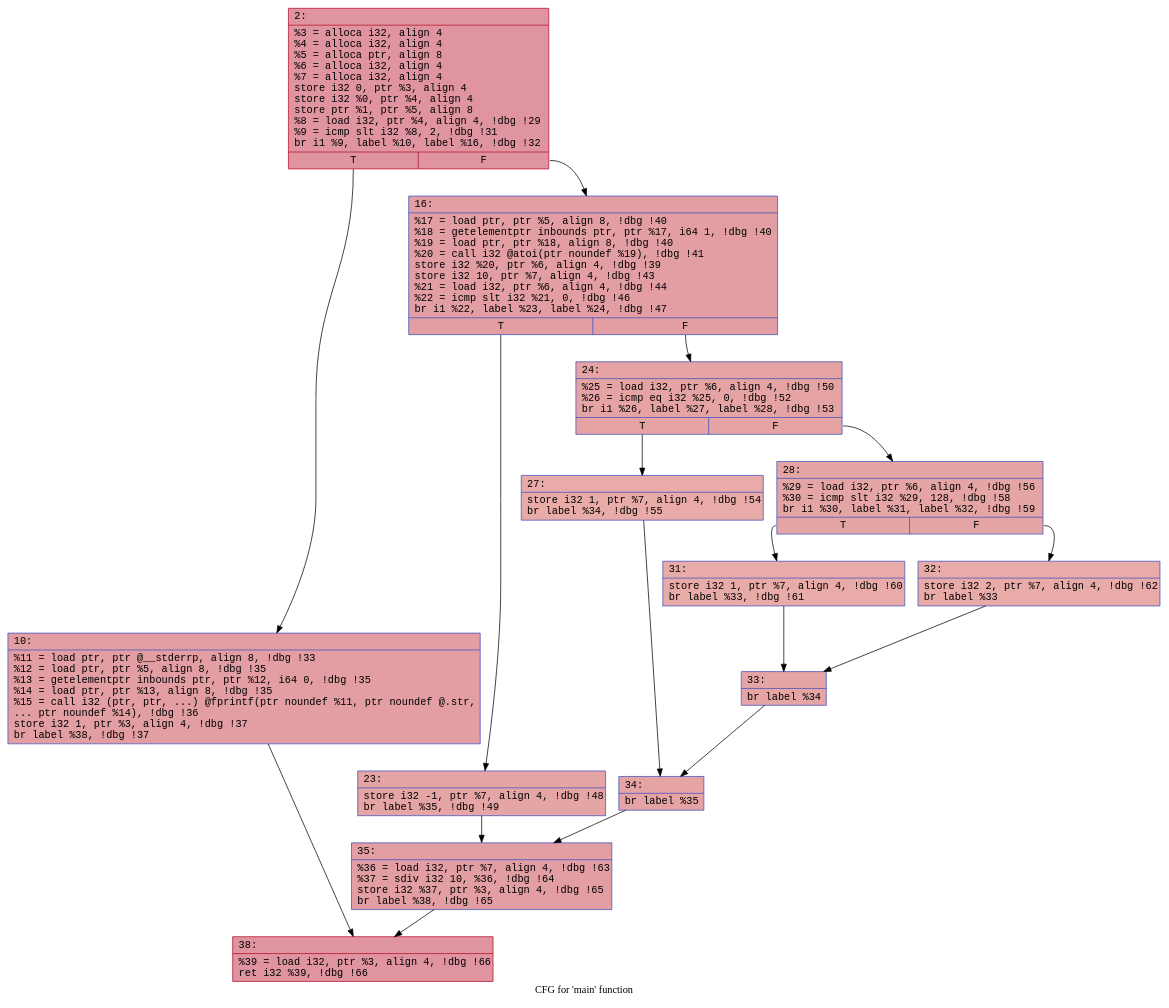
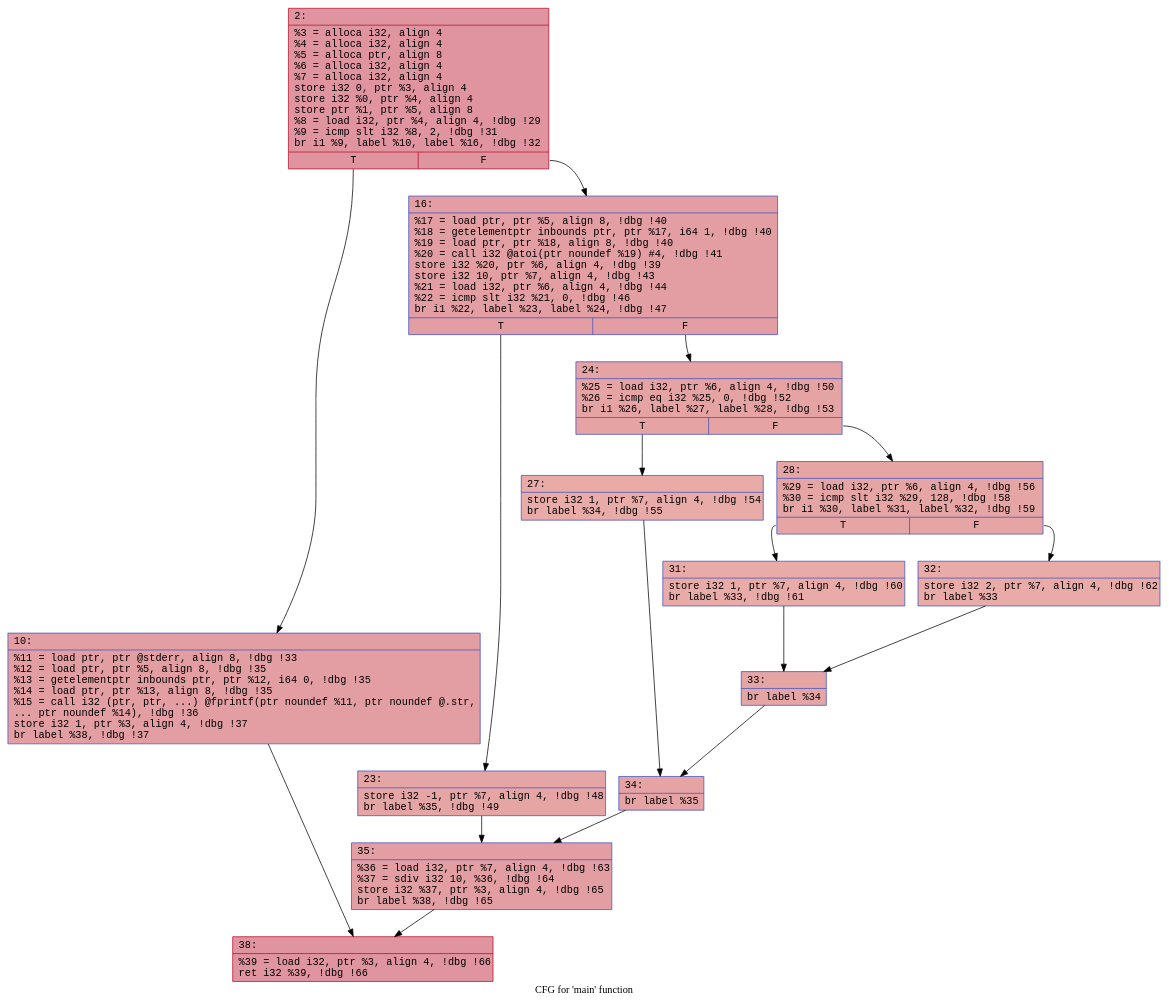
One commit to FelicitasGarcia/MimicryMonitor changed the diagram in llvm/feli/cfgs/mainOP.dot. Above: the diagram before and after it, drawn with Graphviz. The commit also changed 65 other files, not shown here.

```diff
--- a/llvm/feli/cfgs/mainOP.dot
+++ b/llvm/feli/cfgs/mainOP.dot
@@ -1,33 +1,33 @@
 digraph "CFG for 'main' function" {
 	label="CFG for 'main' function";
 
-	Node0x600002b909b0 [shape=record,color="#b70d28ff", style=filled, fillcolor="#b70d2870" fontname="Courier",label="{2:\l|  %3 = alloca i32, align 4\l  %4 = alloca i32, align 4\l  %5 = alloca ptr, align 8\l  %6 = alloca i32, align 4\l  %7 = alloca i32, align 4\l  store i32 0, ptr %3, align 4\l  store i32 %0, ptr %4, align 4\l  store ptr %1, ptr %5, align 8\l  %8 = load i32, ptr %4, align 4, !dbg !29\l  %9 = icmp slt i32 %8, 2, !dbg !31\l  br i1 %9, label %10, label %16, !dbg !32\l|{<s0>T|<s1>F}}"];
-	Node0x600002b909b0:s0 -> Node0x600002b90a50;
-	Node0x600002b909b0:s1 -> Node0x600002b90aa0;
-	Node0x600002b90a50 [shape=record,color="#3d50c3ff", style=filled, fillcolor="#be242e70" fontname="Courier",label="{10:\l|  %11 = load ptr, ptr @__stderrp, align 8, !dbg !33\l  %12 = load ptr, ptr %5, align 8, !dbg !35\l  %13 = getelementptr inbounds ptr, ptr %12, i64 0, !dbg !35\l  %14 = load ptr, ptr %13, align 8, !dbg !35\l  %15 = call i32 (ptr, ptr, ...) @fprintf(ptr noundef %11, ptr noundef @.str,\l... ptr noundef %14), !dbg !36\l  store i32 1, ptr %3, align 4, !dbg !37\l  br label %38, !dbg !37\l}"];
-	Node0x600002b90a50 -> Node0x600002b90b40;
-	Node0x600002b90aa0 [shape=record,color="#3d50c3ff", style=filled, fillcolor="#be242e70" fontname="Courier",label="{16:\l|  %17 = load ptr, ptr %5, align 8, !dbg !40\l  %18 = getelementptr inbounds ptr, ptr %17, i64 1, !dbg !40\l  %19 = load ptr, ptr %18, align 8, !dbg !40\l  %20 = call i32 @atoi(ptr noundef %19), !dbg !41\l  store i32 %20, ptr %6, align 4, !dbg !39\l  store i32 10, ptr %7, align 4, !dbg !43\l  %21 = load i32, ptr %6, align 4, !dbg !44\l  %22 = icmp slt i32 %21, 0, !dbg !46\l  br i1 %22, label %23, label %24, !dbg !47\l|{<s0>T|<s1>F}}"];
-	Node0x600002b90aa0:s0 -> Node0x600002b90be0;
-	Node0x600002b90aa0:s1 -> Node0x600002b90c30;
-	Node0x600002b90be0 [shape=record,color="#3d50c3ff", style=filled, fillcolor="#c5333470" fontname="Courier",label="{23:\l|  store i32 -1, ptr %7, align 4, !dbg !48\l  br label %35, !dbg !49\l}"];
-	Node0x600002b90be0 -> Node0x600002b90c80;
-	Node0x600002b90c30 [shape=record,color="#3d50c3ff", style=filled, fillcolor="#c32e3170" fontname="Courier",label="{24:\l|  %25 = load i32, ptr %6, align 4, !dbg !50\l  %26 = icmp eq i32 %25, 0, !dbg !52\l  br i1 %26, label %27, label %28, !dbg !53\l|{<s0>T|<s1>F}}"];
-	Node0x600002b90c30:s0 -> Node0x600002b90cd0;
-	Node0x600002b90c30:s1 -> Node0x600002b90d20;
-	Node0x600002b90cd0 [shape=record,color="#3d50c3ff", style=filled, fillcolor="#cc403a70" fontname="Courier",label="{27:\l|  store i32 1, ptr %7, align 4, !dbg !54\l  br label %34, !dbg !55\l}"];
-	Node0x600002b90cd0 -> Node0x600002b90d70;
-	Node0x600002b90d20 [shape=record,color="#3d50c3ff", style=filled, fillcolor="#c5333470" fontname="Courier",label="{28:\l|  %29 = load i32, ptr %6, align 4, !dbg !56\l  %30 = icmp slt i32 %29, 128, !dbg !58\l  br i1 %30, label %31, label %32, !dbg !59\l|{<s0>T|<s1>F}}"];
-	Node0x600002b90d20:s0 -> Node0x600002b90dc0;
-	Node0x600002b90d20:s1 -> Node0x600002b90e10;
-	Node0x600002b90dc0 [shape=record,color="#3d50c3ff", style=filled, fillcolor="#cc403a70" fontname="Courier",label="{31:\l|  store i32 1, ptr %7, align 4, !dbg !60\l  br label %33, !dbg !61\l}"];
-	Node0x600002b90dc0 -> Node0x600002b90e60;
-	Node0x600002b90e10 [shape=record,color="#3d50c3ff", style=filled, fillcolor="#cc403a70" fontname="Courier",label="{32:\l|  store i32 2, ptr %7, align 4, !dbg !62\l  br label %33\l}"];
-	Node0x600002b90e10 -> Node0x600002b90e60;
-	Node0x600002b90e60 [shape=record,color="#3d50c3ff", style=filled, fillcolor="#c5333470" fontname="Courier",label="{33:\l|  br label %34\l}"];
-	Node0x600002b90e60 -> Node0x600002b90d70;
-	Node0x600002b90d70 [shape=record,color="#3d50c3ff", style=filled, fillcolor="#c32e3170" fontname="Courier",label="{34:\l|  br label %35\l}"];
-	Node0x600002b90d70 -> Node0x600002b90c80;
-	Node0x600002b90c80 [shape=record,color="#3d50c3ff", style=filled, fillcolor="#be242e70" fontname="Courier",label="{35:\l|  %36 = load i32, ptr %7, align 4, !dbg !63\l  %37 = sdiv i32 10, %36, !dbg !64\l  store i32 %37, ptr %3, align 4, !dbg !65\l  br label %38, !dbg !65\l}"];
-	Node0x600002b90c80 -> Node0x600002b90b40;
-	Node0x600002b90b40 [shape=record,color="#b70d28ff", style=filled, fillcolor="#b70d2870" fontname="Courier",label="{38:\l|  %39 = load i32, ptr %3, align 4, !dbg !66\l  ret i32 %39, !dbg !66\l}"];
+	Node0x5976ee7bdb10 [shape=record,color="#b70d28ff", style=filled, fillcolor="#b70d2870" fontname="Courier",label="{2:\l|  %3 = alloca i32, align 4\l  %4 = alloca i32, align 4\l  %5 = alloca ptr, align 8\l  %6 = alloca i32, align 4\l  %7 = alloca i32, align 4\l  store i32 0, ptr %3, align 4\l  store i32 %0, ptr %4, align 4\l  store ptr %1, ptr %5, align 8\l  %8 = load i32, ptr %4, align 4, !dbg !29\l  %9 = icmp slt i32 %8, 2, !dbg !31\l  br i1 %9, label %10, label %16, !dbg !32\l|{<s0>T|<s1>F}}"];
+	Node0x5976ee7bdb10:s0 -> Node0x5976ee7c2ea0[tooltip="2 -> 10\nProbability 50.00%" ];
+	Node0x5976ee7bdb10:s1 -> Node0x5976ee7c2f40[tooltip="2 -> 16\nProbability 50.00%" ];
+	Node0x5976ee7c2ea0 [shape=record,color="#3d50c3ff", style=filled, fillcolor="#be242e70" fontname="Courier",label="{10:\l|  %11 = load ptr, ptr @stderr, align 8, !dbg !33\l  %12 = load ptr, ptr %5, align 8, !dbg !35\l  %13 = getelementptr inbounds ptr, ptr %12, i64 0, !dbg !35\l  %14 = load ptr, ptr %13, align 8, !dbg !35\l  %15 = call i32 (ptr, ptr, ...) @fprintf(ptr noundef %11, ptr noundef @.str,\l... ptr noundef %14), !dbg !36\l  store i32 1, ptr %3, align 4, !dbg !37\l  br label %38, !dbg !37\l}"];
+	Node0x5976ee7c2ea0 -> Node0x5976ee7c4090[tooltip="10 -> 38\nProbability 100.00%" ];
+	Node0x5976ee7c2f40 [shape=record,color="#3d50c3ff", style=filled, fillcolor="#be242e70" fontname="Courier",label="{16:\l|  %17 = load ptr, ptr %5, align 8, !dbg !40\l  %18 = getelementptr inbounds ptr, ptr %17, i64 1, !dbg !40\l  %19 = load ptr, ptr %18, align 8, !dbg !40\l  %20 = call i32 @atoi(ptr noundef %19) #4, !dbg !41\l  store i32 %20, ptr %6, align 4, !dbg !39\l  store i32 10, ptr %7, align 4, !dbg !43\l  %21 = load i32, ptr %6, align 4, !dbg !44\l  %22 = icmp slt i32 %21, 0, !dbg !46\l  br i1 %22, label %23, label %24, !dbg !47\l|{<s0>T|<s1>F}}"];
+	Node0x5976ee7c2f40:s0 -> Node0x5976ee7c6d30[tooltip="16 -> 23\nProbability 37.50%" ];
+	Node0x5976ee7c2f40:s1 -> Node0x5976ee7c6dd0[tooltip="16 -> 24\nProbability 62.50%" ];
+	Node0x5976ee7c6d30 [shape=record,color="#3d50c3ff", style=filled, fillcolor="#c5333470" fontname="Courier",label="{23:\l|  store i32 -1, ptr %7, align 4, !dbg !48\l  br label %35, !dbg !49\l}"];
+	Node0x5976ee7c6d30 -> Node0x5976ee7c7200[tooltip="23 -> 35\nProbability 100.00%" ];
+	Node0x5976ee7c6dd0 [shape=record,color="#3d50c3ff", style=filled, fillcolor="#c32e3170" fontname="Courier",label="{24:\l|  %25 = load i32, ptr %6, align 4, !dbg !50\l  %26 = icmp eq i32 %25, 0, !dbg !52\l  br i1 %26, label %27, label %28, !dbg !53\l|{<s0>T|<s1>F}}"];
+	Node0x5976ee7c6dd0:s0 -> Node0x5976ee7c77a0[tooltip="24 -> 27\nProbability 37.50%" ];
+	Node0x5976ee7c6dd0:s1 -> Node0x5976ee7c7840[tooltip="24 -> 28\nProbability 62.50%" ];
+	Node0x5976ee7c77a0 [shape=record,color="#3d50c3ff", style=filled, fillcolor="#cc403a70" fontname="Courier",label="{27:\l|  store i32 1, ptr %7, align 4, !dbg !54\l  br label %34, !dbg !55\l}"];
+	Node0x5976ee7c77a0 -> Node0x5976ee7c7c70[tooltip="27 -> 34\nProbability 100.00%" ];
+	Node0x5976ee7c7840 [shape=record,color="#3d50c3ff", style=filled, fillcolor="#c5333470" fontname="Courier",label="{28:\l|  %29 = load i32, ptr %6, align 4, !dbg !56\l  %30 = icmp slt i32 %29, 128, !dbg !58\l  br i1 %30, label %31, label %32, !dbg !59\l|{<s0>T|<s1>F}}"];
+	Node0x5976ee7c7840:s0 -> Node0x5976ee7c8240[tooltip="28 -> 31\nProbability 50.00%" ];
+	Node0x5976ee7c7840:s1 -> Node0x5976ee7c82e0[tooltip="28 -> 32\nProbability 50.00%" ];
+	Node0x5976ee7c8240 [shape=record,color="#3d50c3ff", style=filled, fillcolor="#cc403a70" fontname="Courier",label="{31:\l|  store i32 1, ptr %7, align 4, !dbg !60\l  br label %33, !dbg !61\l}"];
+	Node0x5976ee7c8240 -> Node0x5976ee7c8710[tooltip="31 -> 33\nProbability 100.00%" ];
+	Node0x5976ee7c82e0 [shape=record,color="#3d50c3ff", style=filled, fillcolor="#cc403a70" fontname="Courier",label="{32:\l|  store i32 2, ptr %7, align 4, !dbg !62\l  br label %33\l}"];
+	Node0x5976ee7c82e0 -> Node0x5976ee7c8710[tooltip="32 -> 33\nProbability 100.00%" ];
+	Node0x5976ee7c8710 [shape=record,color="#3d50c3ff", style=filled, fillcolor="#c5333470" fontname="Courier",label="{33:\l|  br label %34\l}"];
+	Node0x5976ee7c8710 -> Node0x5976ee7c7c70[tooltip="33 -> 34\nProbability 100.00%" ];
+	Node0x5976ee7c7c70 [shape=record,color="#3d50c3ff", style=filled, fillcolor="#c32e3170" fontname="Courier",label="{34:\l|  br label %35\l}"];
+	Node0x5976ee7c7c70 -> Node0x5976ee7c7200[tooltip="34 -> 35\nProbability 100.00%" ];
+	Node0x5976ee7c7200 [shape=record,color="#3d50c3ff", style=filled, fillcolor="#be242e70" fontname="Courier",label="{35:\l|  %36 = load i32, ptr %7, align 4, !dbg !63\l  %37 = sdiv i32 10, %36, !dbg !64\l  store i32 %37, ptr %3, align 4, !dbg !65\l  br label %38, !dbg !65\l}"];
+	Node0x5976ee7c7200 -> Node0x5976ee7c4090[tooltip="35 -> 38\nProbability 100.00%" ];
+	Node0x5976ee7c4090 [shape=record,color="#b70d28ff", style=filled, fillcolor="#b70d2870" fontname="Courier",label="{38:\l|  %39 = load i32, ptr %3, align 4, !dbg !66\l  ret i32 %39, !dbg !66\l}"];
 }
```
